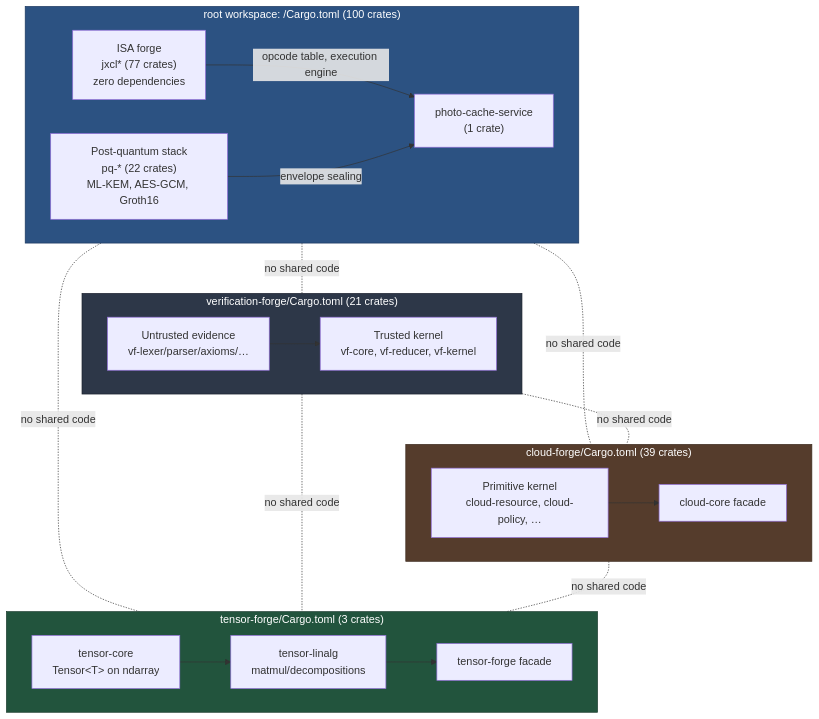
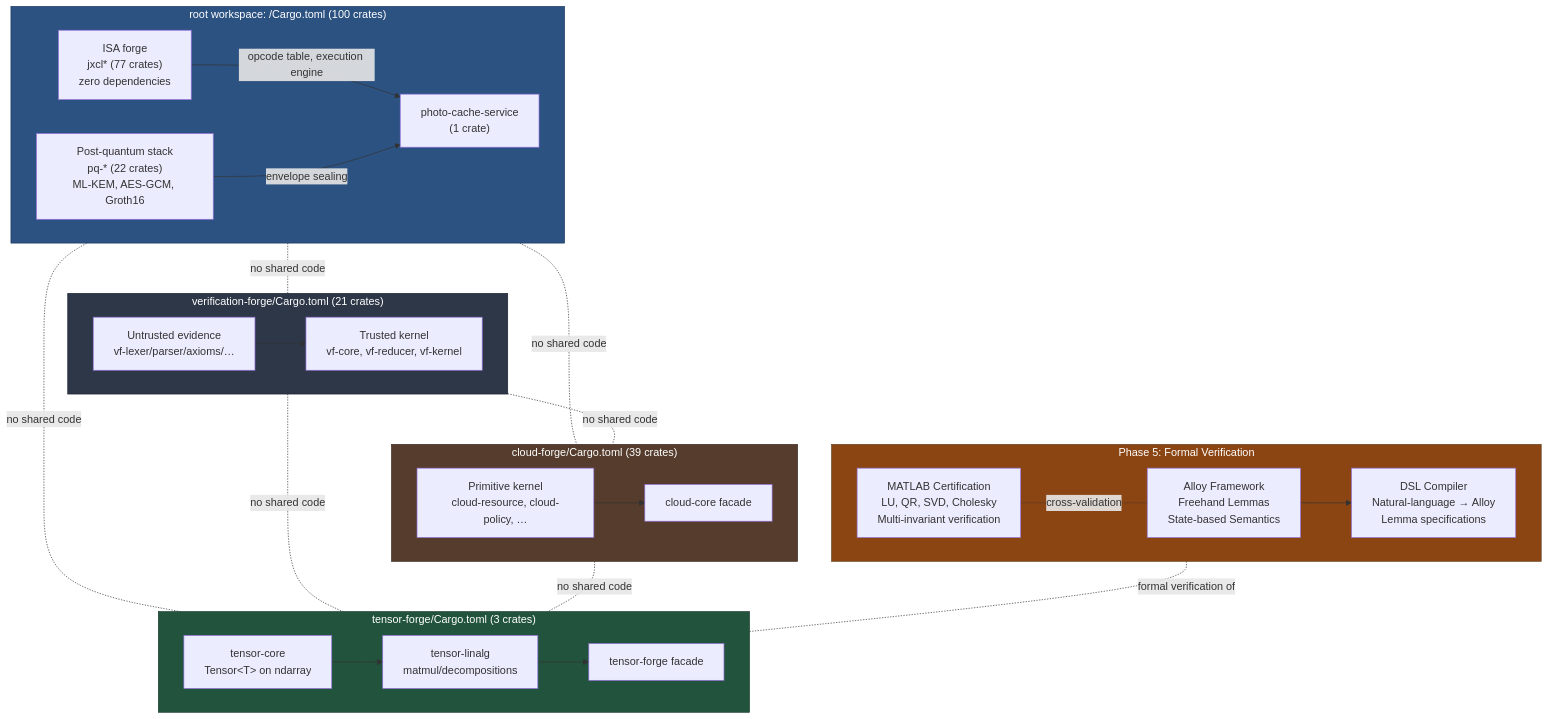
One commit to SNAPKITTYAGENT9NOVA/tlm-jxcl-forge changed the first of 5 diagrams in README.md. Above: the diagram before and after it, drawn with Mermaid. The commit also changed other lines of this file, not shown here.

First line of the commit message:
Update README with Phase 5 formal verification and MATLAB certification

````diff
--- a/README.md
+++ b/README.md
@@ -72,45 +77,56 @@
 ```mermaid
 flowchart TB
     subgraph ROOT["root workspace: /Cargo.toml (100 crates)"]
         direction LR
         isa["ISA forge<br/>jxcl* (77 crates)<br/>zero dependencies"]
         pq["Post-quantum stack<br/>pq-* (22 crates)<br/>ML-KEM, AES-GCM, Groth16"]
         svc["photo-cache-service<br/>(1 crate)"]
         isa -->|opcode table, execution engine| svc
         pq -->|envelope sealing| svc
     end
 
     subgraph VF["verification-forge/Cargo.toml (21 crates)"]
         direction LR
         vfk["Trusted kernel<br/>vf-core, vf-reducer, vf-kernel"]
         vfe["Untrusted evidence<br/>vf-lexer/parser/axioms/…"]
         vfe --> vfk
     end
 
     subgraph CF["cloud-forge/Cargo.toml (39 crates)"]
         direction LR
         cfk["Primitive kernel<br/>cloud-resource, cloud-policy, …"]
         cfc["cloud-core facade"]
         cfk --> cfc
     end
 
     subgraph TF["tensor-forge/Cargo.toml (3 crates)"]
         direction LR
         tfc["tensor-core<br/>Tensor&lt;T&gt; on ndarray"]
         tfl["tensor-linalg<br/>matmul/decompositions"]
         tff["tensor-forge facade"]
         tfc --> tfl --> tff
     end
 
+    subgraph P5["Phase 5: Formal Verification"]
+        direction LR
+        alloy["Alloy Framework<br/>Freehand Lemmas<br/>State-based Semantics"]
+        matlab["MATLAB Certification<br/>LU, QR, SVD, Cholesky<br/>Multi-invariant verification"]
+        dsl["DSL Compiler<br/>Natural-language → Alloy<br/>Lemma specifications"]
+        alloy --> dsl
+        matlab -.cross-validation.- alloy
+    end
+
     ROOT -.no shared code.- VF
     ROOT -.no shared code.- CF
     ROOT -.no shared code.- TF
     VF -.no shared code.- CF
     VF -.no shared code.- TF
     CF -.no shared code.- TF
+    P5 -.formal verification of.- TF
 
     style ROOT fill:#2c5282,color:#fff,stroke:#1a365d
     style VF fill:#2d3748,color:#fff,stroke:#1a202c
     style CF fill:#553c2c,color:#fff,stroke:#3d2b1f
     style TF fill:#22543d,color:#fff,stroke:#1a3a2c
+    style P5 fill:#8b4513,color:#fff,stroke:#654321
 ```
````
